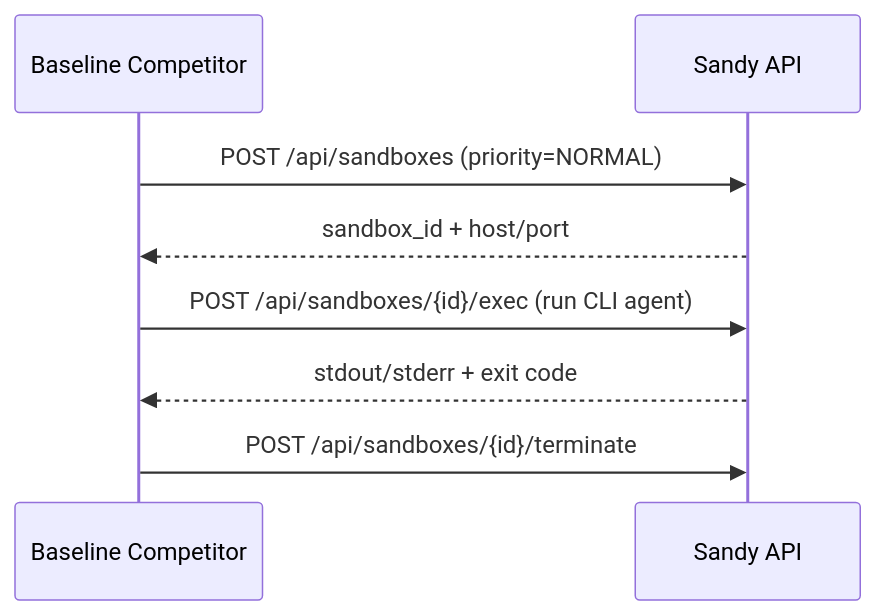
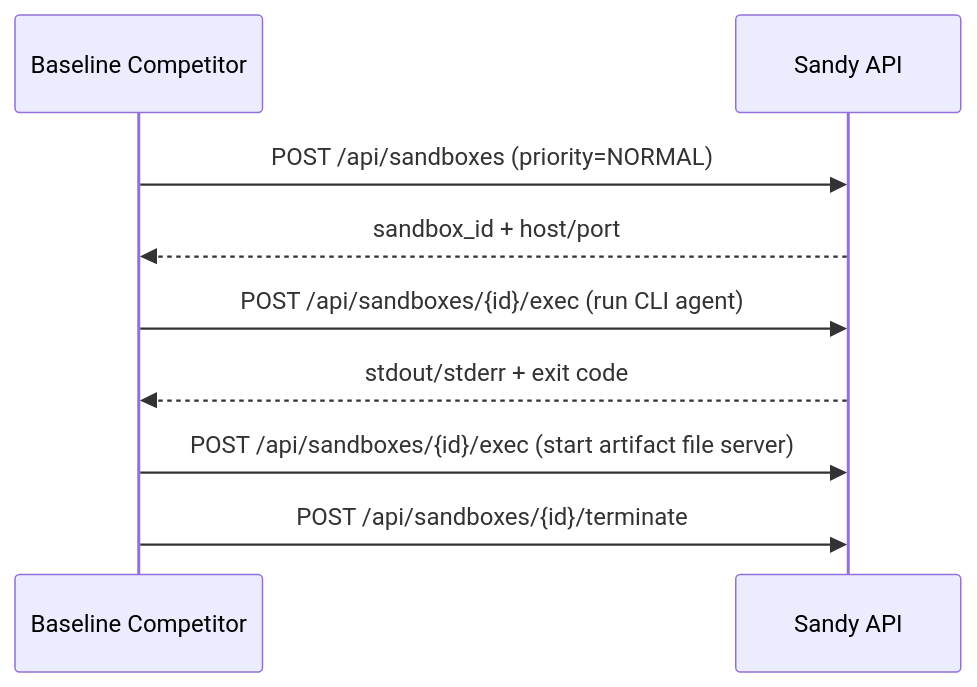
The diagram in specs/08_sandy_integration.md (fstandhartinger/janus-poc), drawn with Mermaid before and after one commit. The commit also changed other lines of this file and 46 other files, not shown here.

````diff
--- a/specs/08_sandy_integration.md
+++ b/specs/08_sandy_integration.md
@@ -42,10 +44,11 @@
 ```mermaid
 sequenceDiagram
   participant Comp as Baseline Competitor
   participant Sandy as Sandy API
   Comp->>Sandy: POST /api/sandboxes (priority=NORMAL)
   Sandy-->>Comp: sandbox_id + host/port
   Comp->>Sandy: POST /api/sandboxes/{id}/exec (run CLI agent)
   Sandy-->>Comp: stdout/stderr + exit code
+  Comp->>Sandy: POST /api/sandboxes/{id}/exec (start artifact file server)
   Comp->>Sandy: POST /api/sandboxes/{id}/terminate
 ```
````
